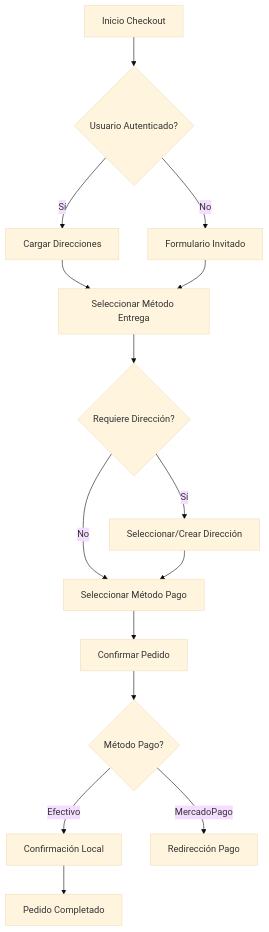
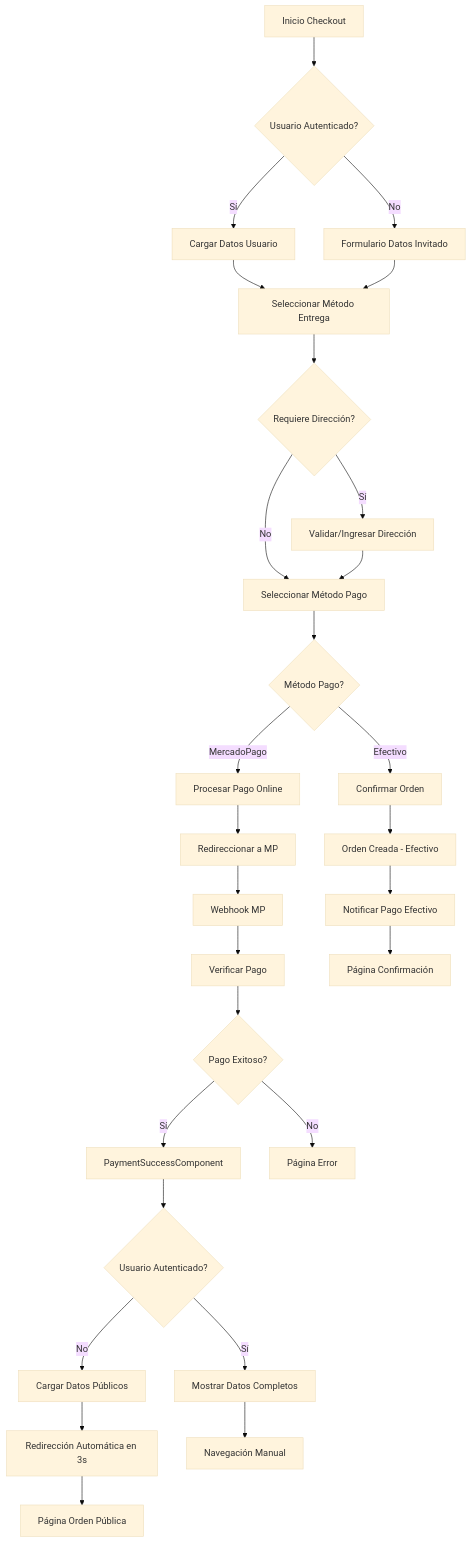
The second of 5 diagrams in docs_frontend/checkout-flujo-compras-robusto.md (Ivetta-Luis-Alberto-114588/front-startup), drawn with Mermaid (base theme) before and after one commit. The commit also changed other lines of this file and 9 other files, not shown here.

````diff
--- a/docs_frontend/checkout-flujo-compras-robusto.md
+++ b/docs_frontend/checkout-flujo-compras-robusto.md
@@ -48,17 +116,42 @@
 ```mermaid
-graph TD
+flowchart TD
     A[Inicio Checkout] --> B{Usuario Autenticado?}
-    B -->|Sí| C[Cargar Direcciones]
-    B -->|No| D[Formulario Invitado]
+  
+    B -->|Sí| C[Cargar Datos Usuario]
+    B -->|No| D[Formulario Datos Invitado]
+  
     C --> E[Seleccionar Método Entrega]
     D --> E
+  
     E --> F{Requiere Dirección?}
-    F -->|Sí| G[Seleccionar/Crear Dirección]
+    F -->|Sí| G[Validar/Ingresar Dirección]
     F -->|No| H[Seleccionar Método Pago]
     G --> H
-    H --> I[Confirmar Pedido]
-    I --> J{Método Pago?}
-    J -->|Efectivo| K[Confirmación Local]
-    J -->|MercadoPago| L[Redirección Pago]
-    K --> M[Pedido Completado]
+  
+    H --> I{Método Pago?}
+  
+    I -->|MercadoPago| J[Procesar Pago Online]
+    I -->|Efectivo| K[Confirmar Orden]
+  
+    J --> L[Redireccionar a MP]
+    K --> M[Orden Creada - Efectivo]
+  
+    L --> N[Webhook MP]
+    N --> O[Verificar Pago]
+  
+    O --> P{Pago Exitoso?}
+    P -->|Sí| Q[PaymentSuccessComponent]
+    P -->|No| R[Página Error]
+  
+    M --> S[Notificar Pago Efectivo]
+    S --> T[Página Confirmación]
+  
+    Q --> U{Usuario Autenticado?}
+    U -->|Sí| V[Mostrar Datos Completos]
+    U -->|No| W[Cargar Datos Públicos]
+  
+    W --> X[Redirección Automática en 3s]
+    X --> Y[Página Orden Pública]
+  
+    V --> Z[Navegación Manual]
 ```
````
